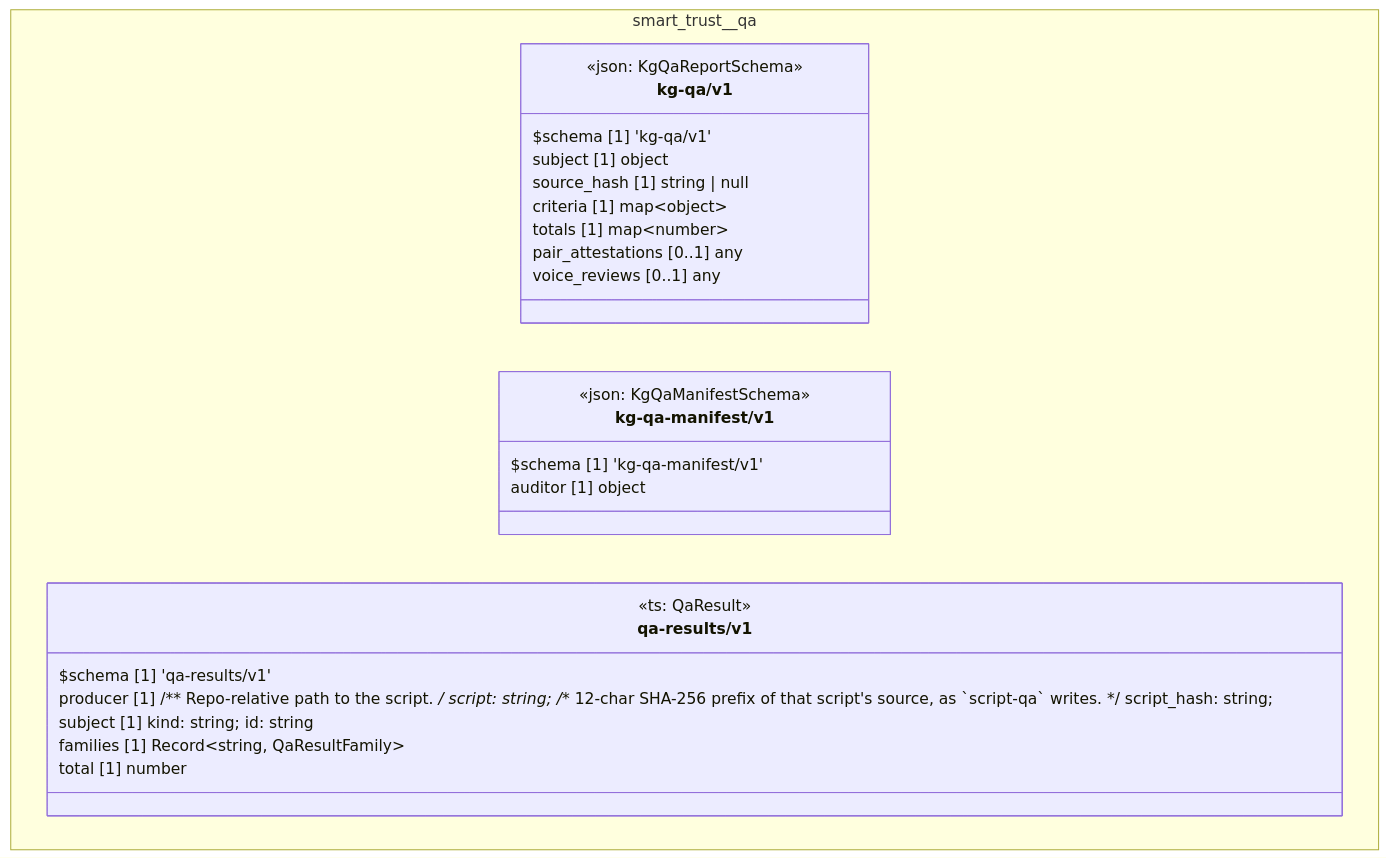
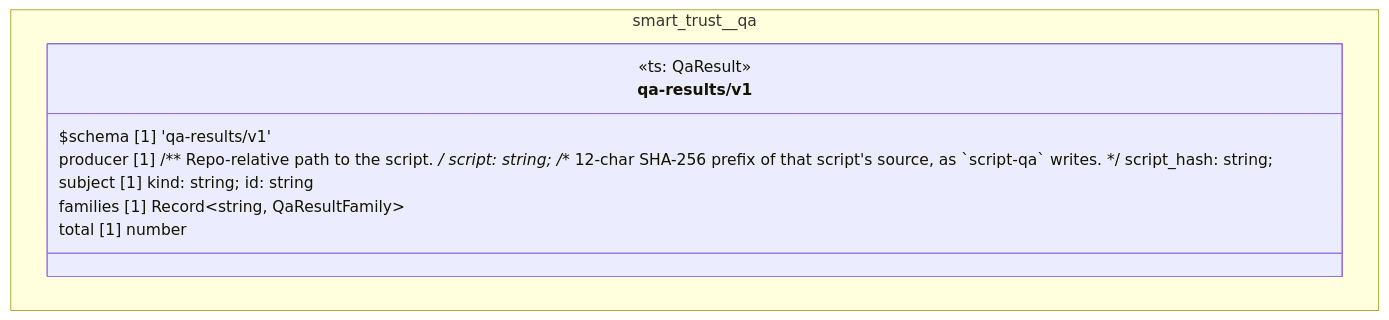
Before and after one commit to litlfred/cat-harness: the diagram in docs/uml/overview/smart-trust/qa.md, drawn with Mermaid. The commit also changed other lines of this file and 406 other files, not shown here.

````diff
--- a/docs/uml/overview/smart-trust/qa.md
+++ b/docs/uml/overview/smart-trust/qa.md
@@ -42,32 +42,15 @@
 ```mermaid
 classDiagram
   direction TB
   namespace smart_trust__qa {
-    class smart_trust_qa_kg_qa_v1_kg_qa_v1["kg-qa/v1"] {
-      <<json: KgQaReportSchema>>
-      $schema [1] 'kg-qa/v1'
-      subject [1] object
-      source_hash [1] string | null
-      criteria [1] map~object~
-      totals [1] map~number~
-      pair_attestations [0..1] any
-      voice_reviews [0..1] any
-    }
-    class smart_trust_qa_kg_qa_manifest_v1_kg_qa_manifest_v1["kg-qa-manifest/v1"] {
-      <<json: KgQaManifestSchema>>
-      $schema [1] 'kg-qa-manifest/v1'
-      auditor [1] object
-    }
     class smart_trust_qa_qa_results_v1["qa-results/v1"] {
       <<ts: QaResult>>
       $schema [1] 'qa-results/v1'
       producer [1]  /** Repo-relative path to the script. */ script: string; /** 12-char SHA-256 prefix of that script's source, as `script-qa` writes. */ script_hash: string; 
       subject [1]  kind: string; id: string 
       families [1] Record~string, QaResultFamily~
       total [1] number
     }
   }
-  cssClass "smart_trust_qa_kg_qa_v1_kg_qa_v1" fa_uml_kind_qa
-  cssClass "smart_trust_qa_kg_qa_manifest_v1_kg_qa_manifest_v1" fa_uml_kind_qa
   cssClass "smart_trust_qa_qa_results_v1" fa_uml_kind_qa
 ```
````
